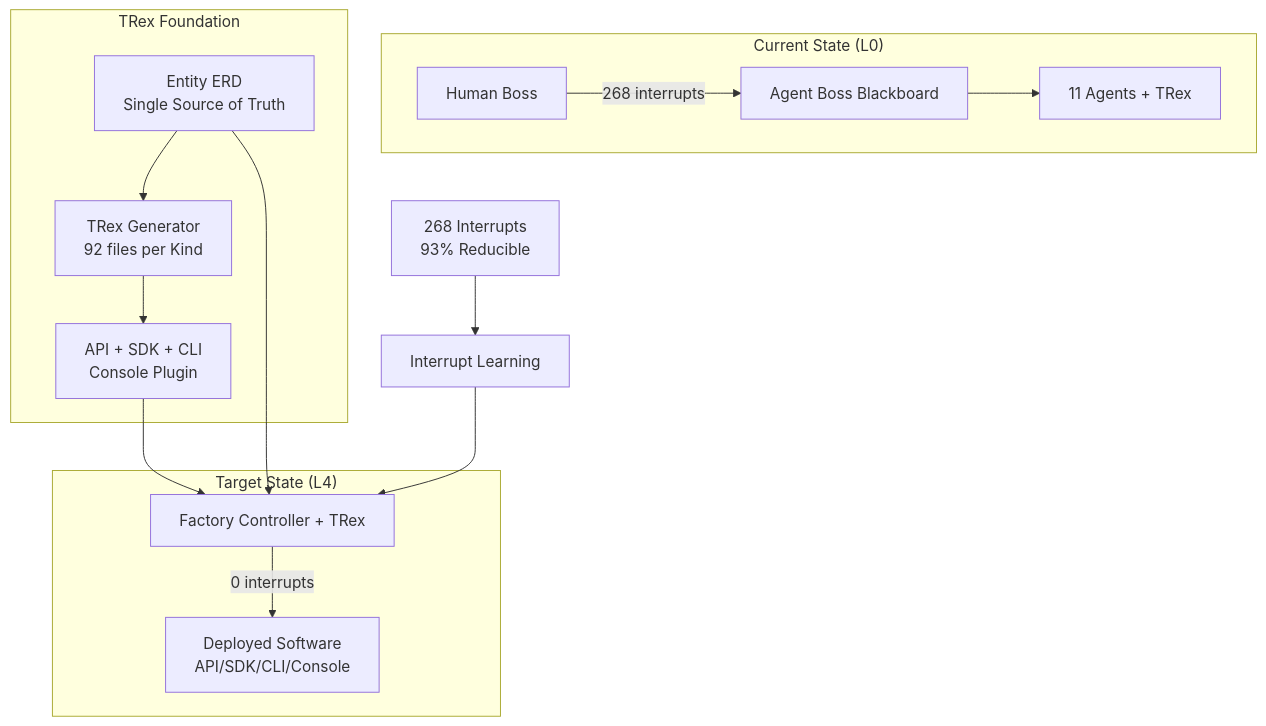
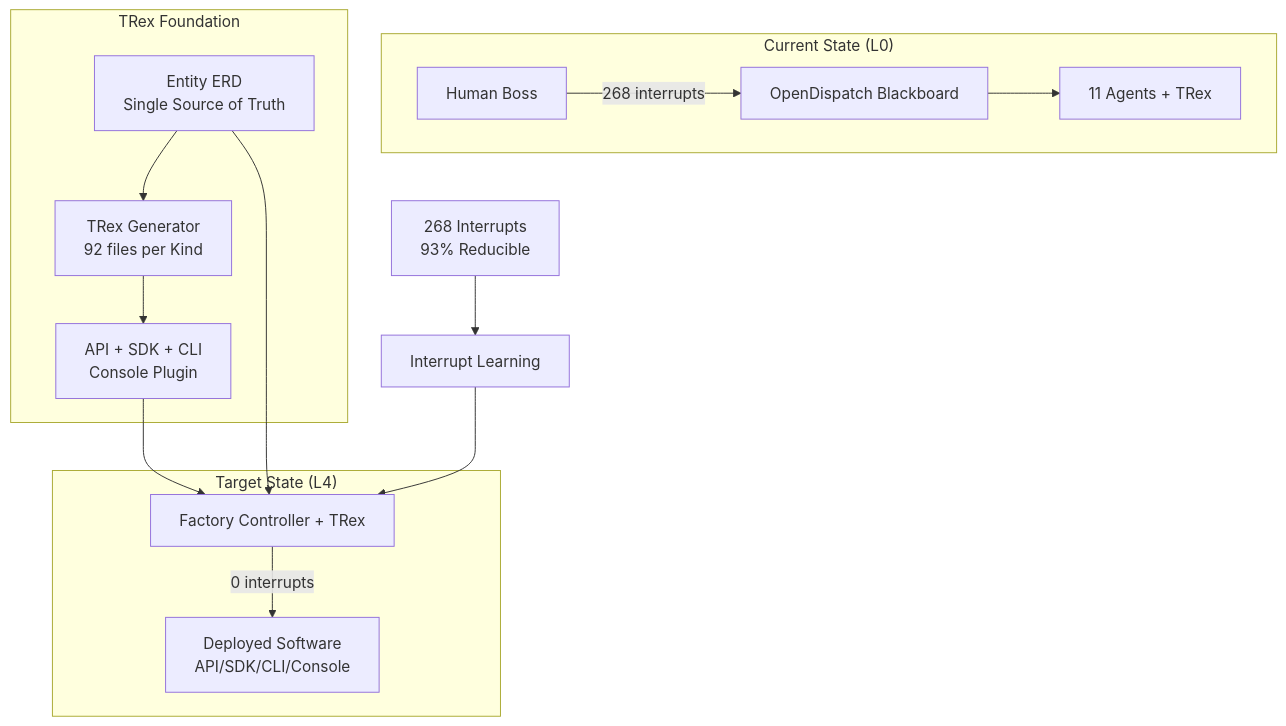
One commit to jsell-rh/agent-boss changed the first of 14 diagrams in docs/agent-boss-factory-proposal.md. Above: the diagram before and after it, drawn with Mermaid. The commit also changed other lines of this file and 38 other files, not shown here.

First line of the commit message:
feat(rebrand): Agent Boss → OpenDispatch/oDispatch/odis (TASK-128)

````diff
--- a/docs/agent-boss-factory-proposal.md
+++ b/docs/agent-boss-factory-proposal.md
@@ -13,21 +13,21 @@
 ```mermaid
 graph TB
     subgraph "Current State (L0)"
-        H[Human Boss] --> |268 interrupts| AB[Agent Boss Blackboard]
+        H[Human Boss] --> |268 interrupts| AB[OpenDispatch Blackboard]
         AB --> A1[11 Agents + TRex]
     end
     
     subgraph "TRex Foundation"
         ERD[Entity ERD<br/>Single Source of Truth] --> TREX[TRex Generator<br/>92 files per Kind]
         TREX --> BOILERPLATE[API + SDK + CLI<br/>Console Plugin]
     end
     
     subgraph "Target State (L4)"
         ERD --> FAC[Factory Controller + TRex]
         FAC --> |0 interrupts| DEPLOY[Deployed Software<br/>API/SDK/CLI/Console]
     end
     
     INTERRUPT_DATA[268 Interrupts<br/>93% Reducible] --> LEARNING[Interrupt Learning]
     LEARNING --> FAC
     BOILERPLATE --> FAC
 ```
````
